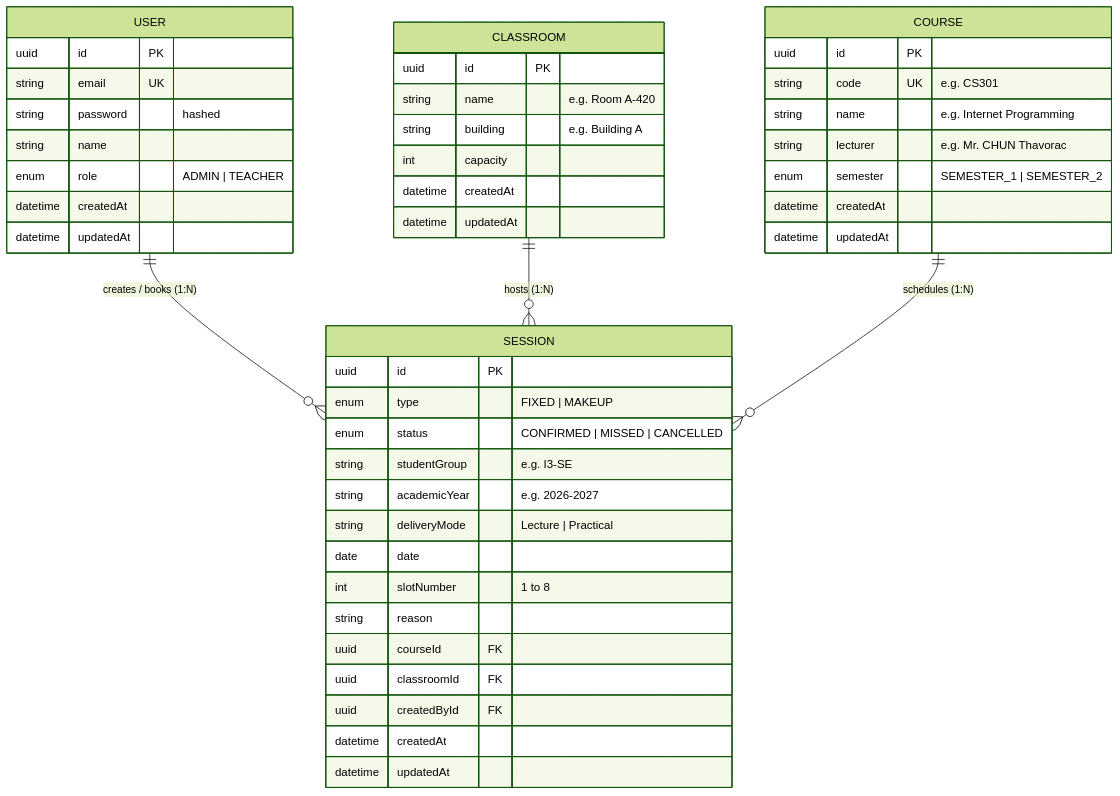
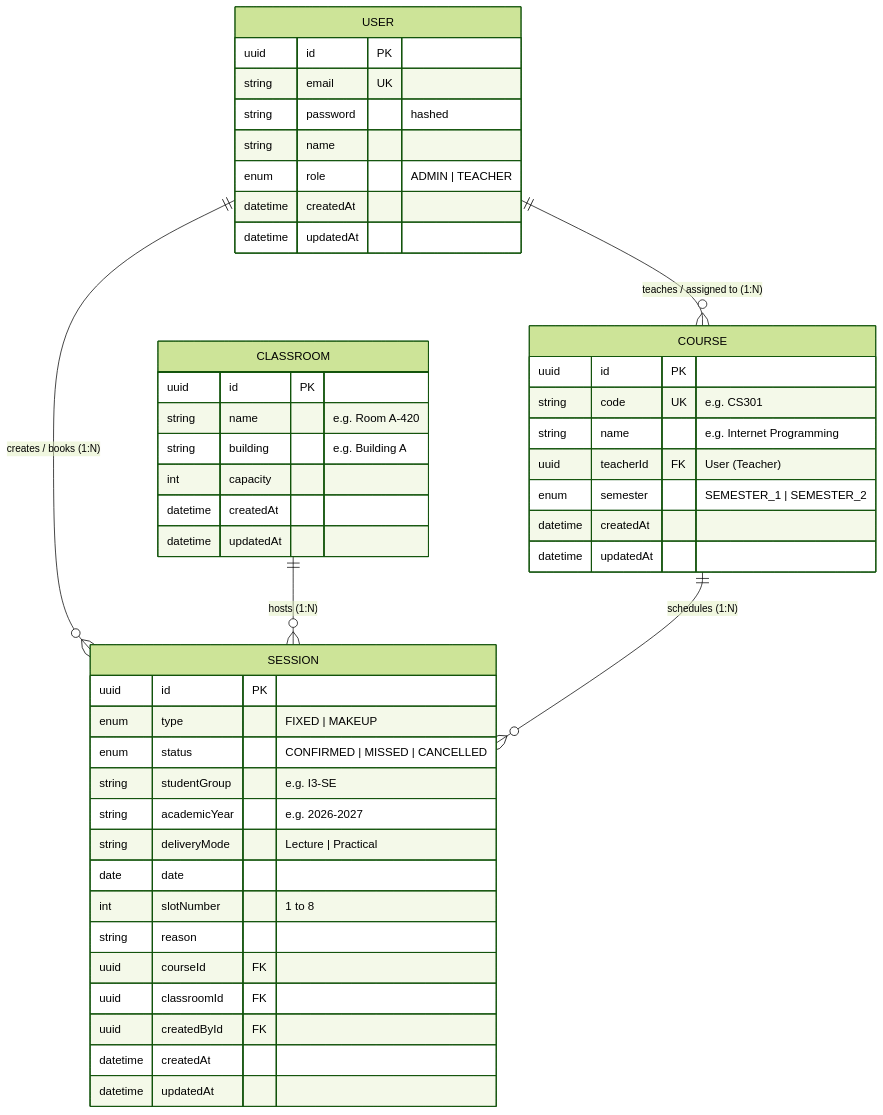
Before and after one commit to flourbloom/classroom-scheduler: the first of 3 diagrams in PROPOSAL.md, drawn with Mermaid (forest theme). The commit also changed other lines of this file, not shown here.

Commit message:
teacher restriction

````diff
--- a/PROPOSAL.md
+++ b/PROPOSAL.md
@@ -111,52 +119,53 @@
 ```mermaid
 erDiagram
+    USER ||--o{ COURSE : "teaches / assigned to (1:N)"
     USER ||--o{ SESSION : "creates / books (1:N)"
     CLASSROOM ||--o{ SESSION : "hosts (1:N)"
     COURSE ||--o{ SESSION : "schedules (1:N)"
 
     USER {
         uuid id PK
         string email UK
         string password "hashed"
         string name
         enum role "ADMIN | TEACHER"
         datetime createdAt
         datetime updatedAt
     }
 
     CLASSROOM {
         uuid id PK
         string name "e.g. Room A-420"
         string building "e.g. Building A"
         int capacity
         datetime createdAt
         datetime updatedAt
     }
 
     COURSE {
         uuid id PK
         string code UK "e.g. CS301"
         string name "e.g. Internet Programming"
-        string lecturer "e.g. Mr. CHUN Thavorac"
+        uuid teacherId FK "User (Teacher)"
         enum semester "SEMESTER_1 | SEMESTER_2"
         datetime createdAt
         datetime updatedAt
     }
 
     SESSION {
         uuid id PK
         enum type "FIXED | MAKEUP"
         enum status "CONFIRMED | MISSED | CANCELLED"
         string studentGroup "e.g. I3-SE"
         string academicYear "e.g. 2026-2027"
         string deliveryMode "Lecture | Practical"
         date date
         int slotNumber "1 to 8"
         string reason
         uuid courseId FK
         uuid classroomId FK
         uuid createdById FK
         datetime createdAt
         datetime updatedAt
     }
 ```
````
